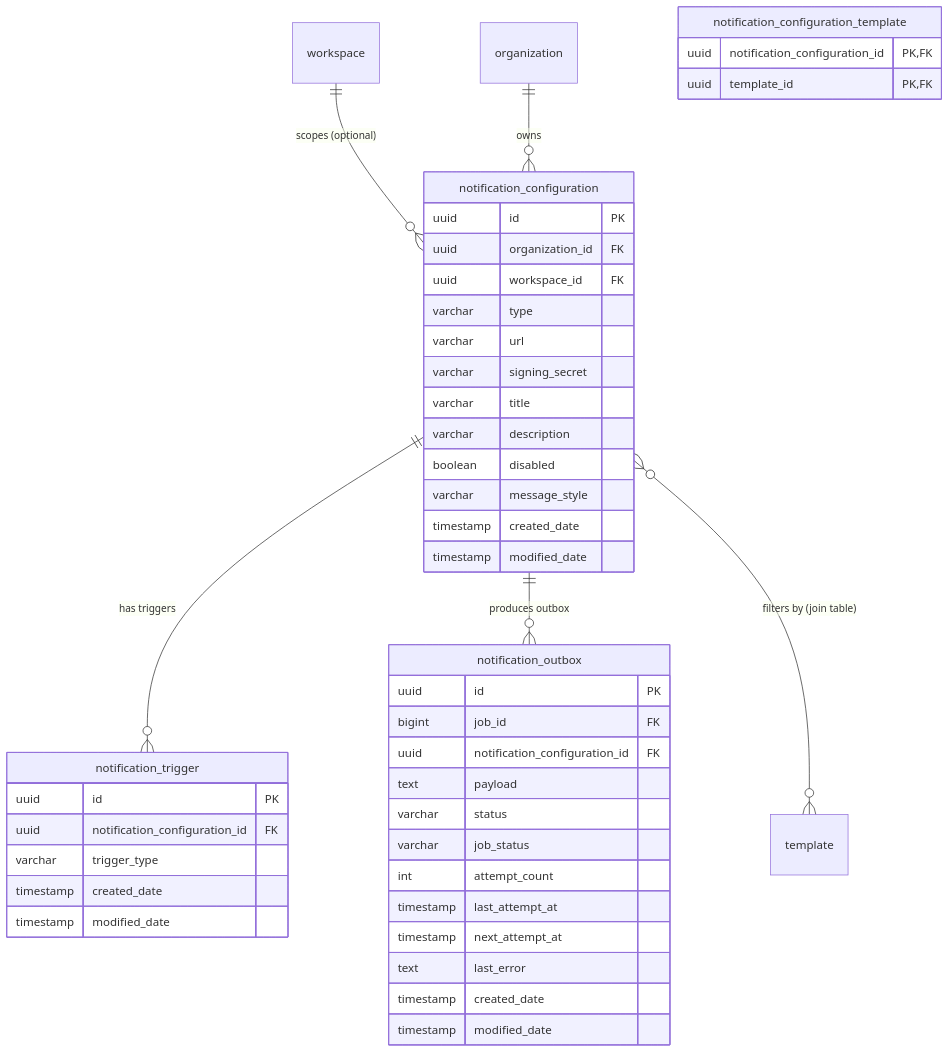
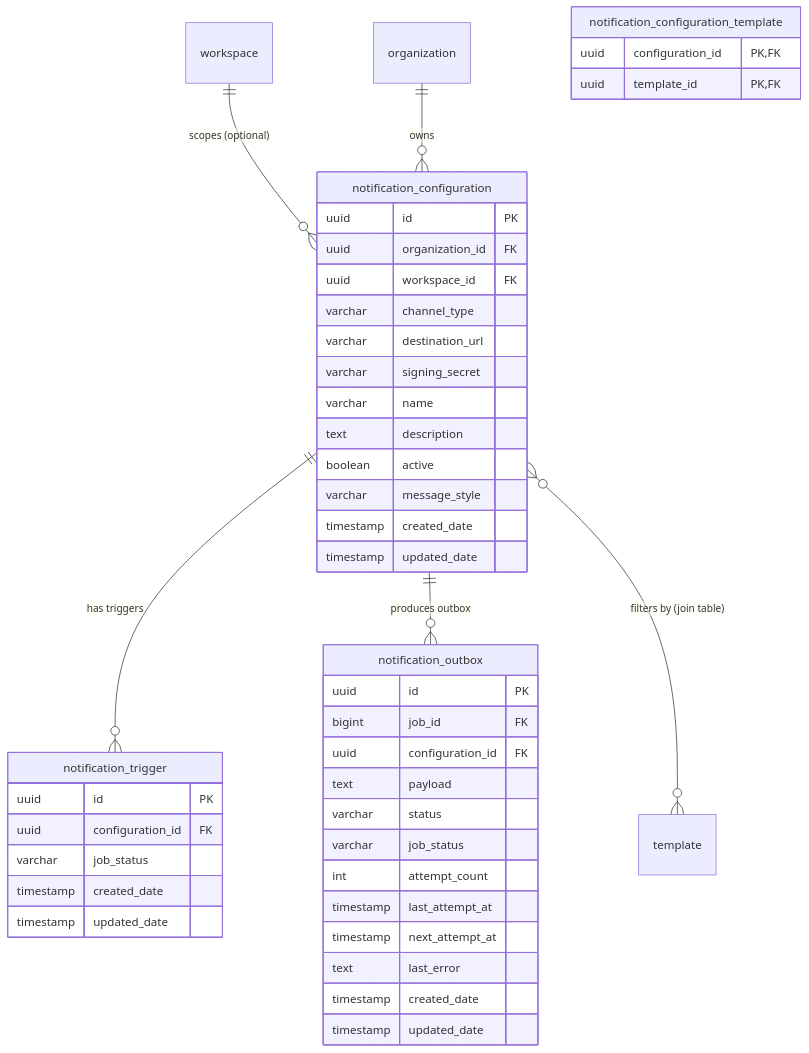
One commit to terrakube-io/.agents changed the second of 2 diagrams in skills/terrakube-notifications/SKILL.md. Above: the diagram before and after it, drawn with Mermaid. The commit also changed other lines of this file and 16 other files, not shown here.

````diff
--- a/skills/terrakube-notifications/SKILL.md
+++ b/skills/terrakube-notifications/SKILL.md
@@ -205,51 +205,51 @@
 ```mermaid
 erDiagram
     notification_configuration ||--o{ notification_trigger : "has triggers"
     notification_configuration ||--o{ notification_outbox : "produces outbox"
     notification_configuration }o--o{ template : "filters by (join table)"
     workspace ||--o{ notification_configuration : "scopes (optional)"
     organization ||--o{ notification_configuration : "owns"
 
     notification_configuration {
         uuid id PK
         uuid organization_id FK
         uuid workspace_id FK
-        varchar type
-        varchar url
+        varchar channel_type
+        varchar destination_url
         varchar signing_secret
-        varchar title
-        varchar description
-        boolean disabled
+        varchar name
+        text description
+        boolean active
         varchar message_style
         timestamp created_date
-        timestamp modified_date
+        timestamp updated_date
     }
 
     notification_trigger {
         uuid id PK
-        uuid notification_configuration_id FK
-        varchar trigger_type
+        uuid configuration_id FK
+        varchar job_status
         timestamp created_date
-        timestamp modified_date
+        timestamp updated_date
     }
 
     notification_outbox {
         uuid id PK
         bigint job_id FK
-        uuid notification_configuration_id FK
+        uuid configuration_id FK
         text payload
         varchar status
         varchar job_status
         int attempt_count
         timestamp last_attempt_at
         timestamp next_attempt_at
         text last_error
         timestamp created_date
-        timestamp modified_date
+        timestamp updated_date
     }
 
     notification_configuration_template {
-        uuid notification_configuration_id PK,FK
+        uuid configuration_id PK,FK
         uuid template_id PK,FK
     }
 ```
````
